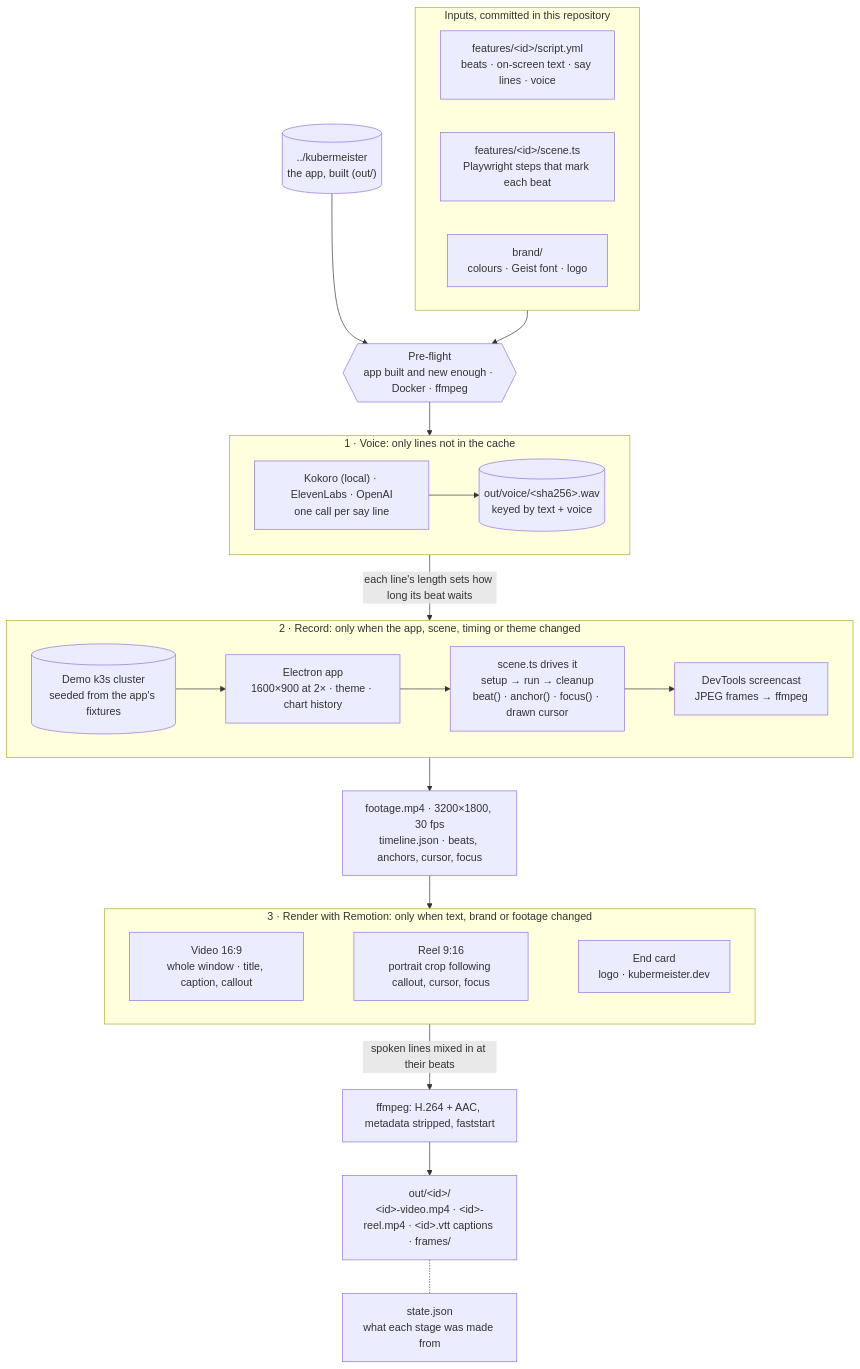
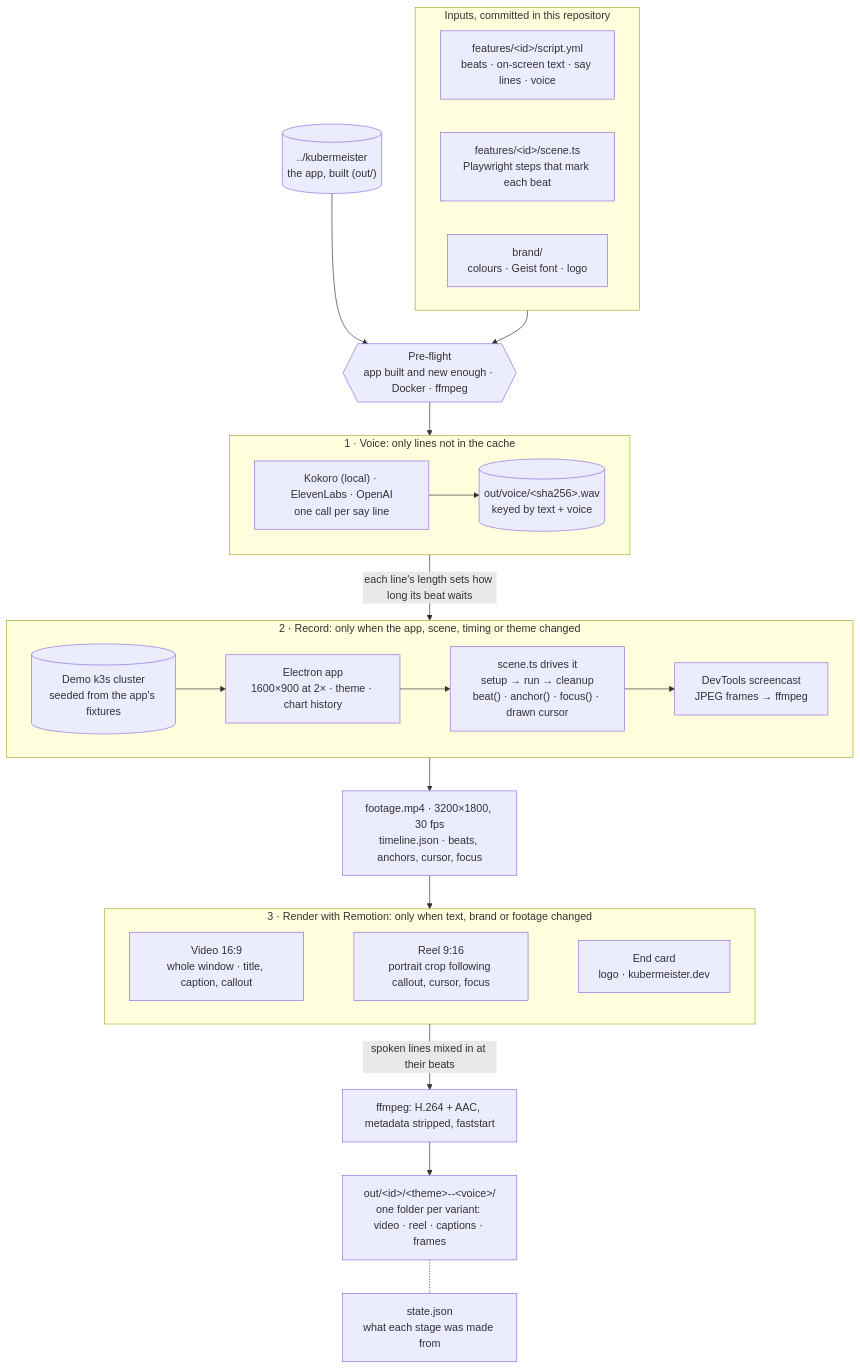
The diagram in README.md (kubermeister/screencasts), drawn with Mermaid before and after one commit. The commit also changed other lines of this file and 19 other files, not shown here.

````diff
--- a/README.md
+++ b/README.md
@@ -15,43 +15,43 @@
 ```mermaid
 flowchart TB
     subgraph inputs["Inputs, committed in this repository"]
         direction LR
         script["features/&lt;id&gt;/script.yml<br/>beats · on-screen text · say lines · voice"]
         scene["features/&lt;id&gt;/scene.ts<br/>Playwright steps that mark each beat"]
         brand["brand/<br/>colours · Geist font · logo"]
     end
     app[("../kubermeister<br/>the app, built (out/)")]
 
     inputs --> preflight
     app --> preflight
     preflight{{"Pre-flight<br/>app built and new enough · Docker · ffmpeg"}}
 
     preflight --> voice
     subgraph voice["1 · Voice: only lines not in the cache"]
         direction LR
         tts["Kokoro (local) · ElevenLabs · OpenAI<br/>one call per say line"] --> vcache[("out/voice/&lt;sha256&gt;.wav<br/>keyed by text + voice")]
     end
 
     voice -- "each line's length sets how long its beat waits" --> record
     subgraph record["2 · Record: only when the app, scene, timing or theme changed"]
         direction LR
         cluster[("Demo k3s cluster<br/>seeded from the app's fixtures")] --> electron["Electron app<br/>1600×900 at 2× · theme · chart history"]
         electron --> run["scene.ts drives it<br/>setup → run → cleanup<br/>beat() · anchor() · focus() · drawn cursor"]
         run --> cdp["DevTools screencast<br/>JPEG frames → ffmpeg"]
     end
 
     record --> footage["footage.mp4 · 3200×1800, 30 fps<br/>timeline.json · beats, anchors, cursor, focus"]
 
     footage --> render
     subgraph render["3 · Render with Remotion: only when text, brand or footage changed"]
         direction LR
         video16["Video 16:9<br/>whole window · title, caption, callout"]
         reel916["Reel 9:16<br/>portrait crop following callout, cursor, focus"]
         endcard["End card<br/>logo · kubermeister.dev"]
         video16 ~~~ reel916 ~~~ endcard
     end
 
     render -- "spoken lines mixed in at their beats" --> finalize["ffmpeg: H.264 + AAC, metadata stripped, faststart"]
-    finalize --> outputs["out/&lt;id&gt;/<br/>&lt;id&gt;-video.mp4 · &lt;id&gt;-reel.mp4 · &lt;id&gt;.vtt captions · frames/"]
+    finalize --> outputs["out/&lt;id&gt;/&lt;theme&gt;--&lt;voice&gt;/<br/>one folder per variant: video · reel · captions · frames"]
     outputs -.- state["state.json<br/>what each stage was made from"]
 ```
````
